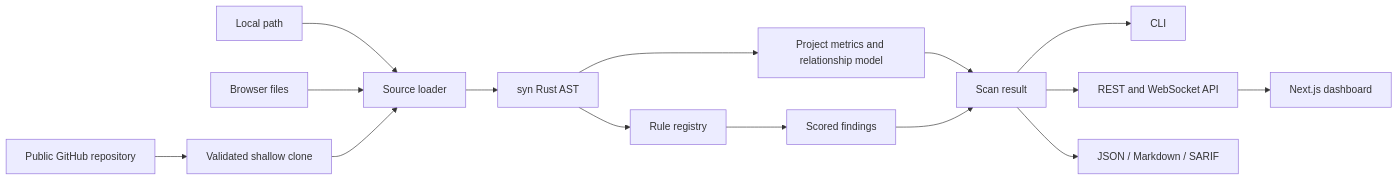
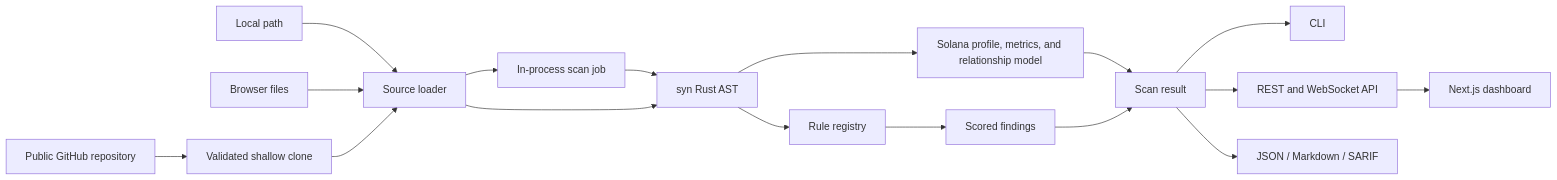
The diagram in docs/architecture.md (mansiverma897993/Robox), drawn with Mermaid before and after one commit. The commit also changed other lines of this file and 26 other files, not shown here.

````diff
--- a/docs/architecture.md
+++ b/docs/architecture.md
@@ -5,17 +5,19 @@
 ```mermaid
 flowchart LR
   A[Local path] --> E[Source loader]
   B[Browser files] --> E
   C[Public GitHub repository] --> D[Validated shallow clone]
   D --> E
+  E --> Q[In-process scan job]
+  Q --> F
   E --> F[syn Rust AST]
-  F --> G[Project metrics and relationship model]
+  F --> G[Solana profile, metrics, and relationship model]
   F --> H[Rule registry]
   H --> I[Scored findings]
   G --> J[Scan result]
   I --> J
   J --> K[CLI]
   J --> L[REST and WebSocket API]
   J --> M[JSON / Markdown / SARIF]
   L --> N[Next.js dashboard]
 ```
````
